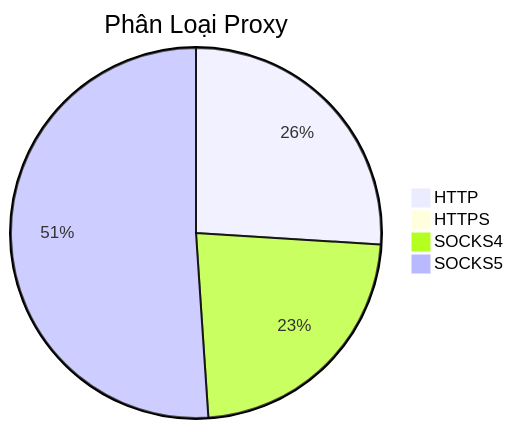
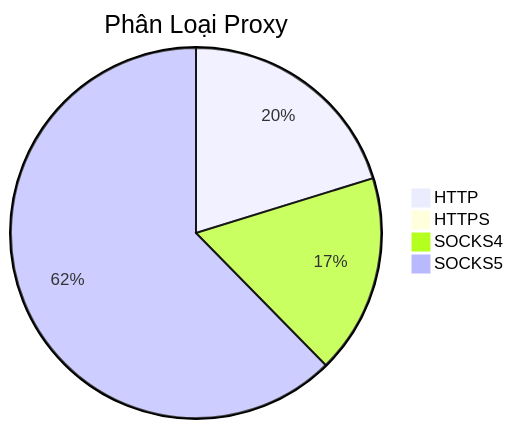
The diagram in README.md (Ciara-Aa/PROXY-free), drawn with Mermaid before and after one commit. The commit also changed other lines of this file and 4 other files, not shown here.

````diff
--- a/README.md
+++ b/README.md
@@ -26,7 +26,7 @@
 ```mermaid
 pie title Phân Loại Proxy
-    "HTTP" : 195
-    "HTTPS" : 3
-    "SOCKS4" : 172
-    "SOCKS5" : 383
+    "HTTP" : 231
+    "HTTPS" : 1
+    "SOCKS4" : 199
+    "SOCKS5" : 712
 ```
````
